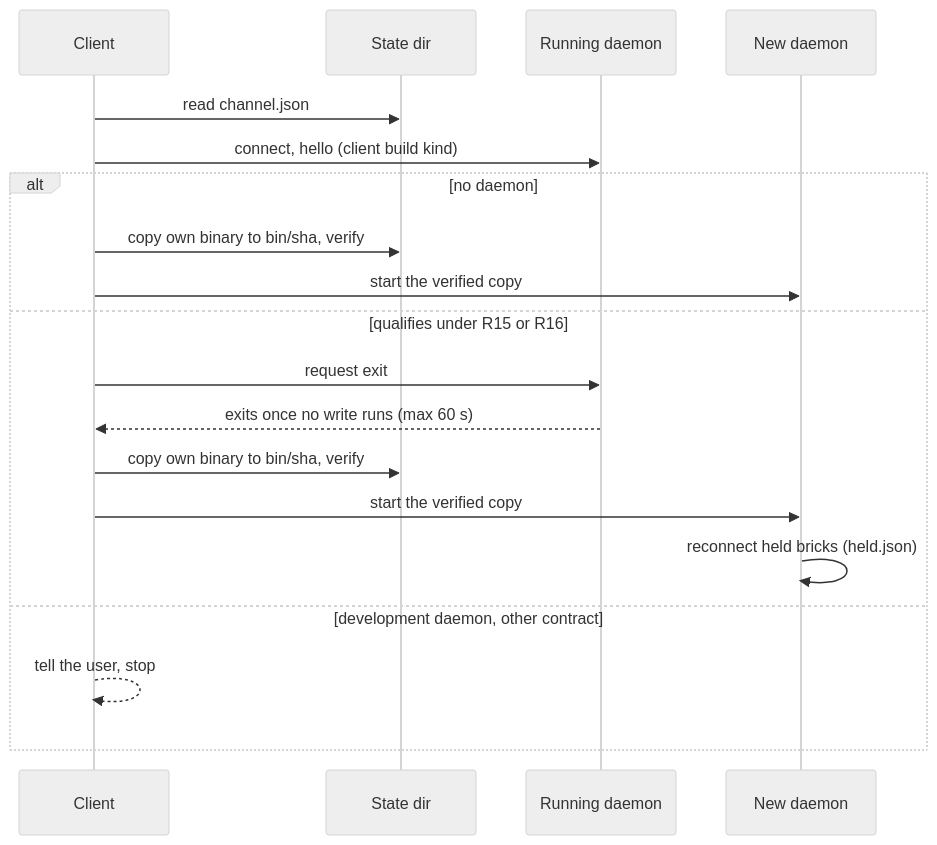
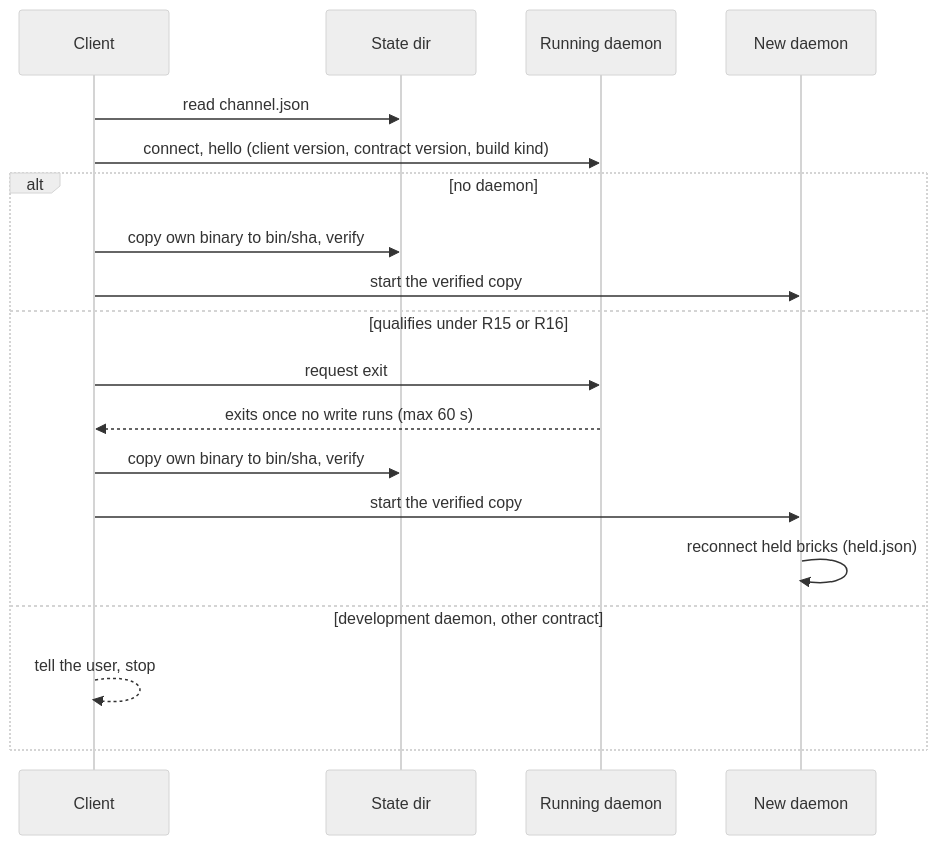
Before and after one commit to 99LevelsUp/ev3-cockpit: the third of 4 diagrams in docs/plans/2026-11-20-1845-refactor-native-daemon-plan.md, drawn with Mermaid (neutral theme). The commit also changed other lines of this file and 1 other file, not shown here.

First line of the commit message:
docs(plan): contract version marks only breaking changes; hello carries the client version

````diff
--- a/docs/plans/2026-11-20-1845-refactor-native-daemon-plan.md
+++ b/docs/plans/2026-11-20-1845-refactor-native-daemon-plan.md
@@ -281,21 +283,21 @@
 ```mermaid
 sequenceDiagram
   participant C as Client
   participant F as State dir
   participant O as Running daemon
   participant N as New daemon
   C->>F: read channel.json
-  C->>O: connect, hello (client build kind)
+  C->>O: connect, hello (client version, contract version, build kind)
   alt no daemon
     C->>F: copy own binary to bin/sha, verify
     C->>N: start the verified copy
   else qualifies under R15 or R16
     C->>O: request exit
     O-->>C: exits once no write runs (max 60 s)
     C->>F: copy own binary to bin/sha, verify
     C->>N: start the verified copy
     N->>N: reconnect held bricks (held.json)
   else development daemon, other contract
     C-->>C: tell the user, stop
   end
 ```
````
